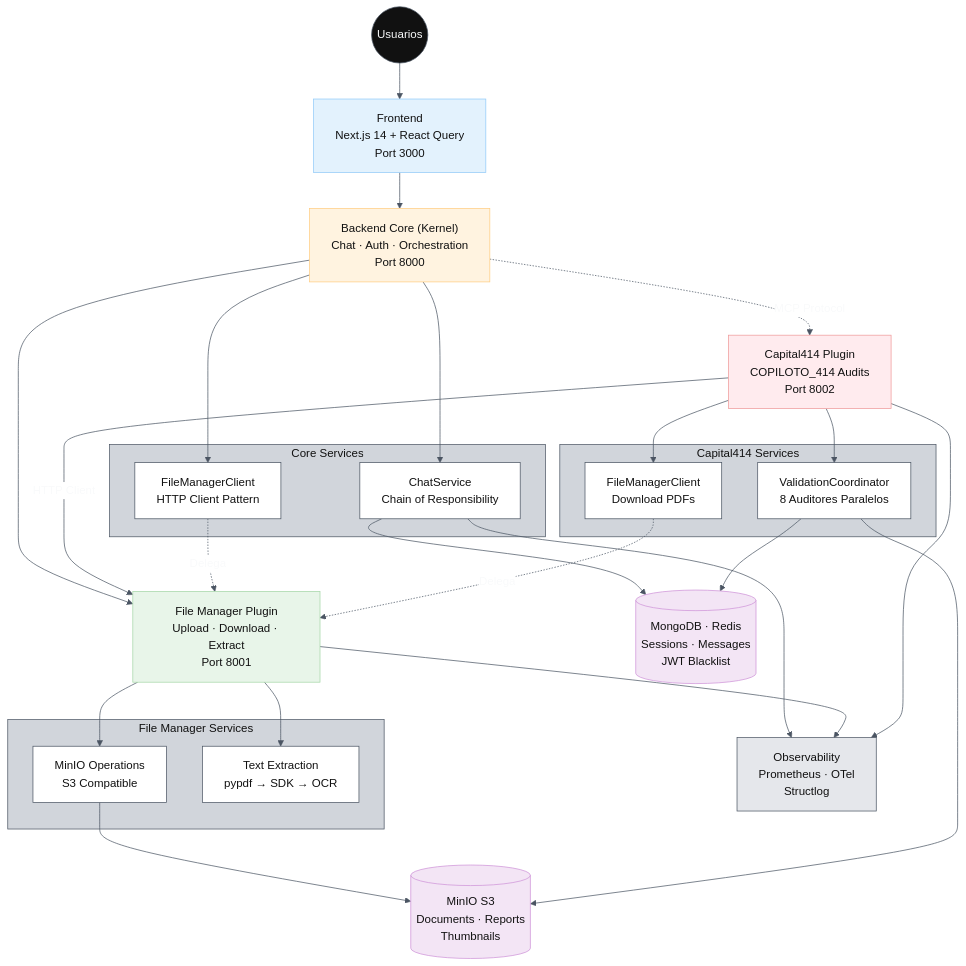
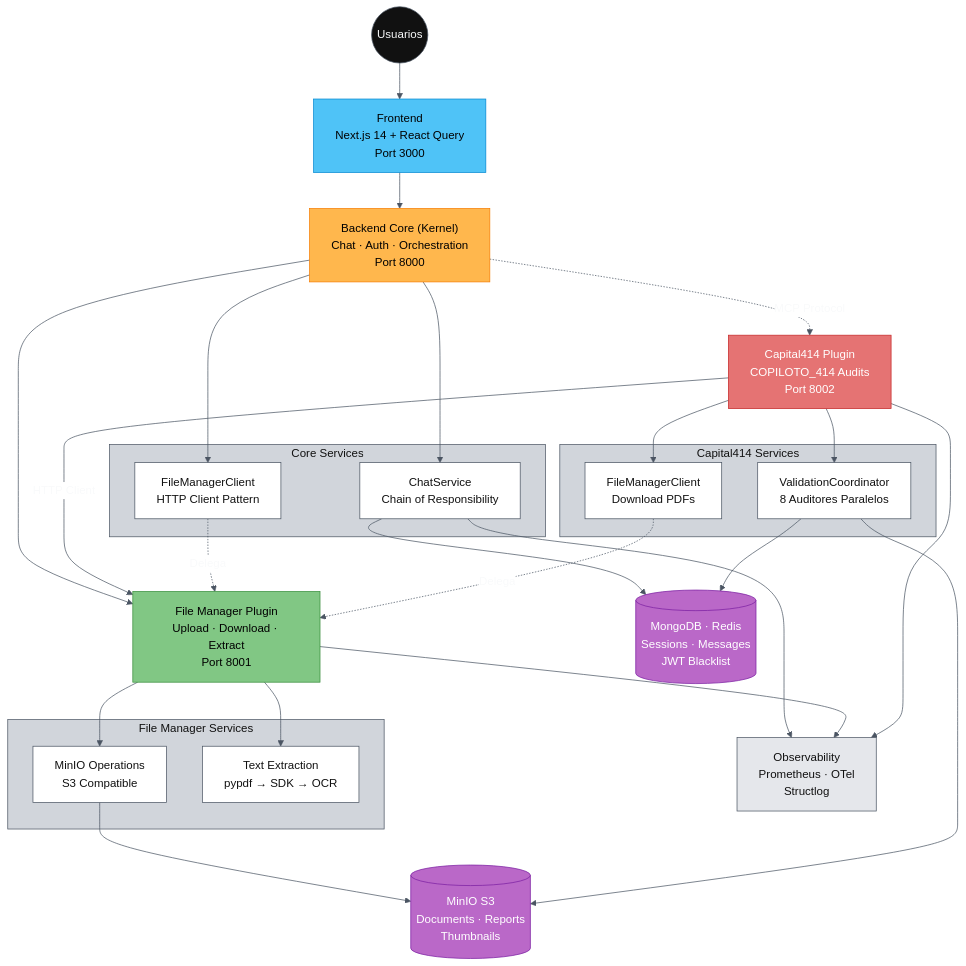
The second of 11 diagrams in README.md (saptiva-ai/octavios-chat), drawn with Mermaid before and after one commit. The commit also changed other lines of this file, not shown here.

First line of the commit message:
docs: improve Mermaid diagram colors for better visibility

````diff
--- a/README.md
+++ b/README.md
@@ -386,55 +386,55 @@
 ```mermaid
 %%{init: {'theme': 'base', 'themeVariables': {'primaryColor': '#111111','primaryBorderColor': '#4b5563','primaryTextColor': '#f9fafb','lineColor': '#4b5563','secondaryColor': '#ffffff','secondaryBorderColor': '#4b5563','secondaryTextColor': '#111111','tertiaryColor': '#d1d5db','tertiaryBorderColor': '#4b5563','tertiaryTextColor': '#111111'}}}%%
 flowchart TB
     user((Usuarios)):::dark --> web["Frontend<br/>Next.js 14 + React Query<br/>Port 3000"]:::frontend
 
     web --> core["Backend Core (Kernel)<br/>Chat · Auth · Orchestration<br/>Port 8000"]:::core
 
     core --> filemanager["File Manager Plugin<br/>Upload · Download · Extract<br/>Port 8001"]:::plugin_public
     core -.->|"MCP Protocol"| capital414["Capital414 Plugin<br/>COPILOTO_414 Audits<br/>Port 8002"]:::plugin_private
 
     capital414 -->|"HTTP Client"| filemanager
 
     subgraph "Core Services"
         chat_svc["ChatService<br/>Chain of Responsibility"]:::light
         file_client["FileManagerClient<br/>HTTP Client Pattern"]:::light
     end
 
     subgraph "File Manager Services"
         minio_ops["MinIO Operations<br/>S3 Compatible"]:::light
         extraction["Text Extraction<br/>pypdf → SDK → OCR"]:::light
     end
 
     subgraph "Capital414 Services"
         coordinator["ValidationCoordinator<br/>8 Auditores Paralelos"]:::light
         fm_client["FileManagerClient<br/>Download PDFs"]:::light
     end
 
     core --> chat_svc
     core --> file_client
     filemanager --> minio_ops
     filemanager --> extraction
     capital414 --> coordinator
     capital414 --> fm_client
 
     file_client -.->|"Delega"| filemanager
     fm_client -.->|"Delega"| filemanager
 
     chat_svc --> persistence[(MongoDB · Redis<br/>Sessions · Messages<br/>JWT Blacklist)]:::infra
     minio_ops --> storage[(MinIO S3<br/>Documents · Reports<br/>Thumbnails)]:::infra
     coordinator --> persistence
     coordinator --> storage
 
     chat_svc --> observability["Observability<br/>Prometheus · OTel<br/>Structlog"]:::gray
     filemanager --> observability
     capital414 --> observability
 
     classDef dark fill:#111111,stroke:#4b5563,color:#f9fafb;
-    classDef frontend fill:#e3f2fd,stroke:#90caf9,color:#111111;
-    classDef core fill:#fff3e0,stroke:#ffcc80,color:#111111;
-    classDef plugin_public fill:#e8f5e9,stroke:#a5d6a7,color:#111111;
-    classDef plugin_private fill:#ffebee,stroke:#ef9a9a,color:#111111;
+    classDef frontend fill:#4fc3f7,stroke:#0288d1,color:#000000;
+    classDef core fill:#ffb74d,stroke:#f57c00,color:#000000;
+    classDef plugin_public fill:#81c784,stroke:#388e3c,color:#000000;
+    classDef plugin_private fill:#e57373,stroke:#c62828,color:#ffffff;
     classDef light fill:#ffffff,stroke:#4b5563,color:#111111;
-    classDef infra fill:#f3e5f5,stroke:#ce93d8,color:#111111;
+    classDef infra fill:#ba68c8,stroke:#7b1fa2,color:#ffffff;
     classDef gray fill:#e5e7eb,stroke:#4b5563,color:#111111;
 ```
````
